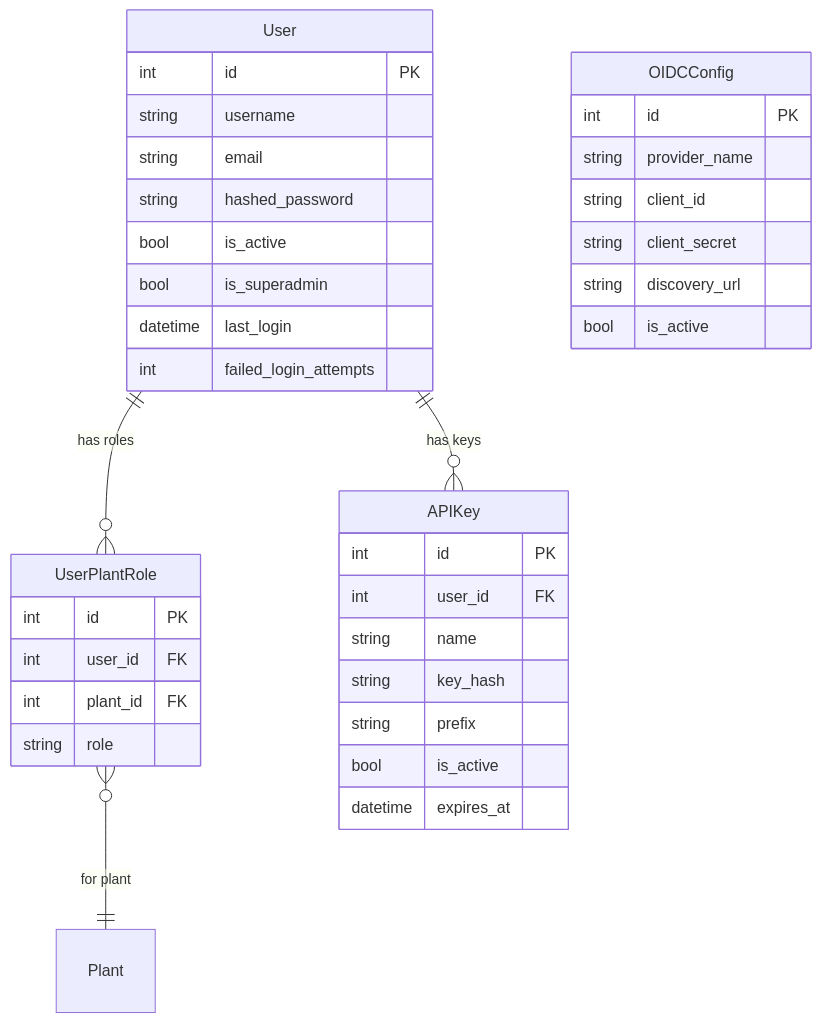
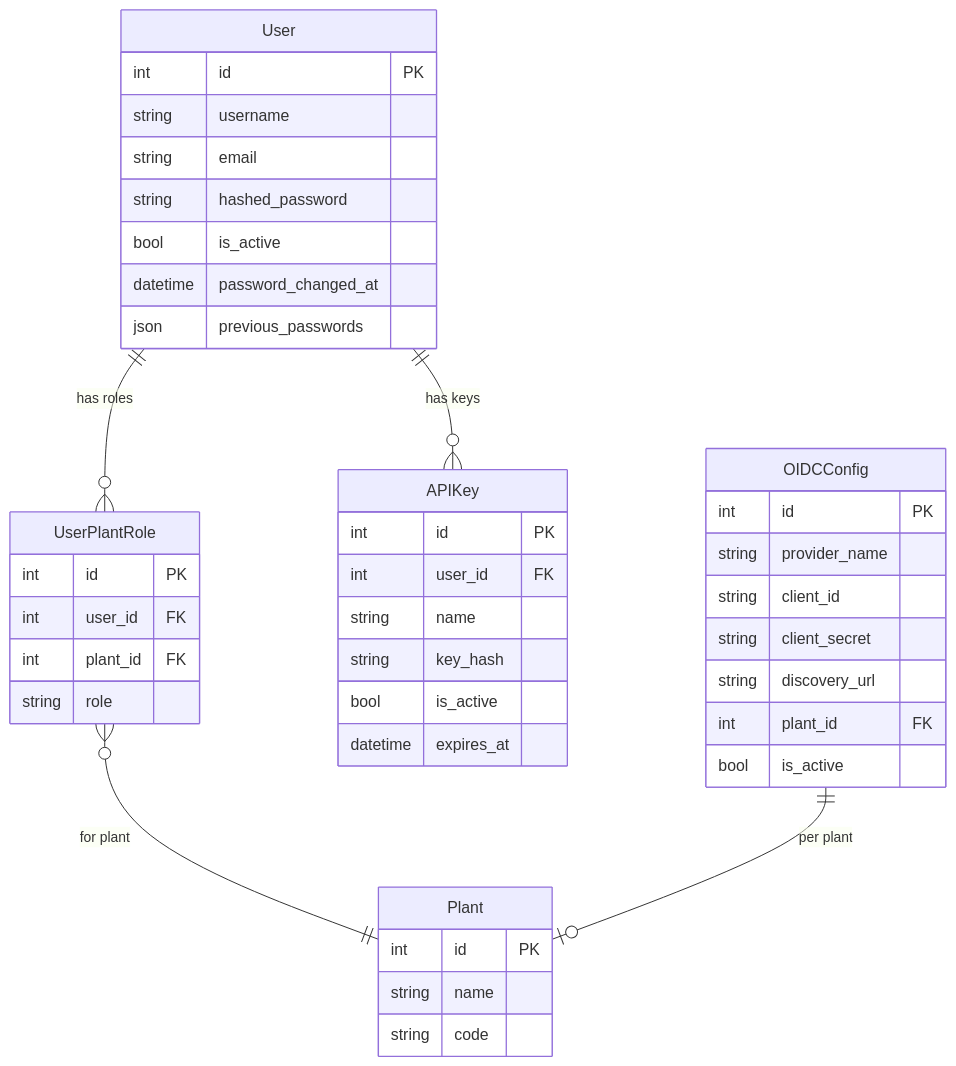
The second of 2 diagrams in .knowledge/features/auth.md (saturnis-io/cassini), drawn with Mermaid before and after one commit. The commit also changed other lines of this file and 15 other files, not shown here.

Commit message:
knowledge-graph: regenerate

````diff
--- a/.knowledge/features/auth.md
+++ b/.knowledge/features/auth.md
@@ -30,39 +28,44 @@
 ```mermaid
 erDiagram
     User ||--o{ UserPlantRole : "has roles"
     UserPlantRole }o--|| Plant : "for plant"
     User ||--o{ APIKey : "has keys"
+    OIDCConfig ||--o| Plant : "per plant"
     User {
         int id PK
         string username
         string email
         string hashed_password
         bool is_active
-        bool is_superadmin
-        datetime last_login
-        int failed_login_attempts
+        datetime password_changed_at
+        json previous_passwords
     }
     UserPlantRole {
         int id PK
         int user_id FK
         int plant_id FK
         string role
     }
     APIKey {
         int id PK
         int user_id FK
         string name
         string key_hash
-        string prefix
         bool is_active
         datetime expires_at
+    }
+    Plant {
+        int id PK
+        string name
+        string code
     }
     OIDCConfig {
         int id PK
         string provider_name
         string client_id
         string client_secret
         string discovery_url
+        int plant_id FK
         bool is_active
     }
 ```
````
